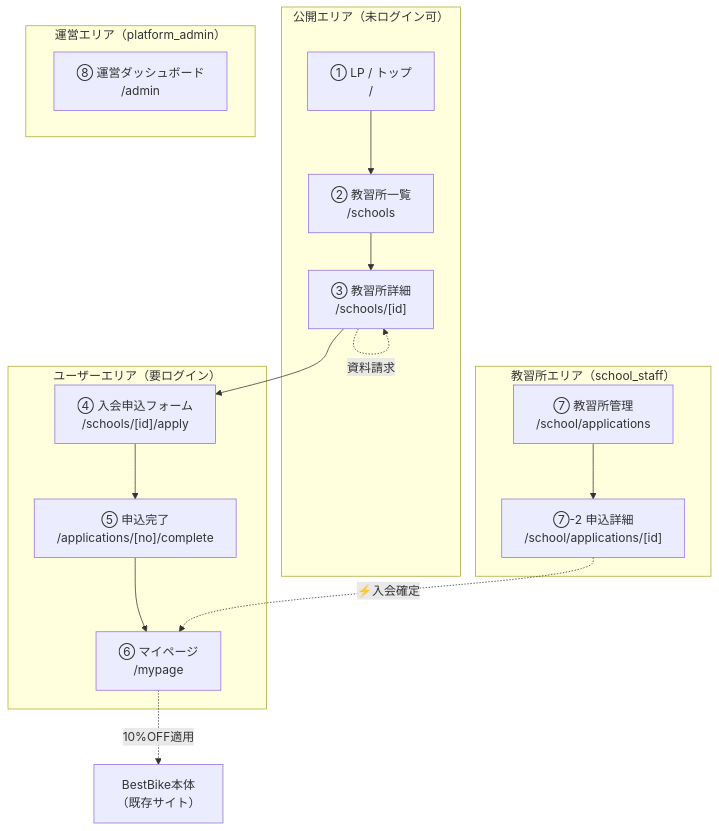
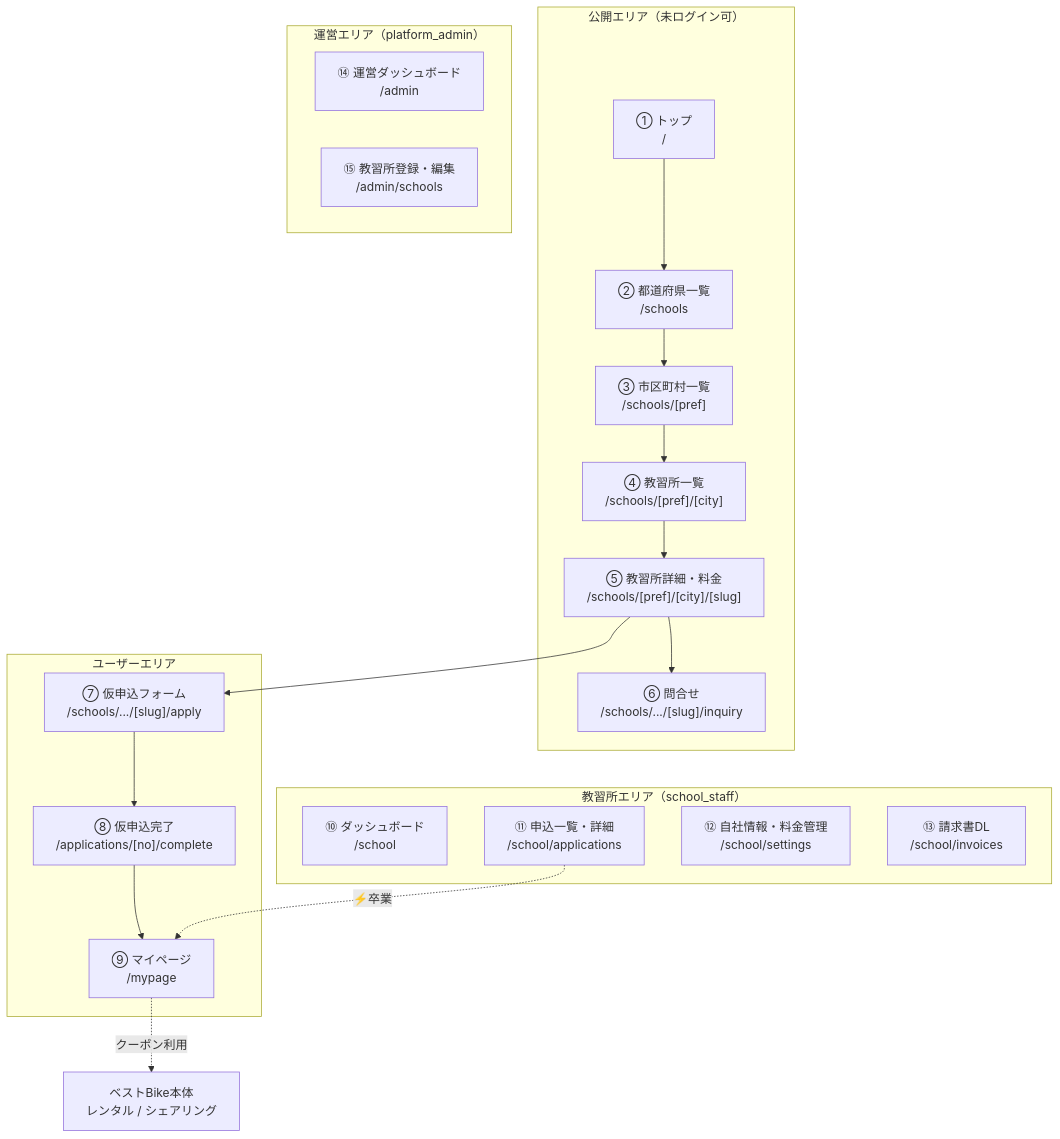
One commit to Sho0922/bestbike_matching- changed the first of 3 diagrams in docs/02_screen-spec.md. Above: the diagram before and after it, drawn with Mermaid. The commit also changed other lines of this file and 10 other files, not shown here.

````diff
--- a/docs/02_screen-spec.md
+++ b/docs/02_screen-spec.md
@@ -12,29 +18,35 @@
 ```mermaid
 flowchart TD
   subgraph PUB["公開エリア（未ログイン可）"]
-    L["① LP / トップ<br/>/"]
-    LI["② 教習所一覧<br/>/schools"]
-    D["③ 教習所詳細<br/>/schools/[id]"]
+    L["① トップ<br/>/"]
+    A1["② 都道府県一覧<br/>/schools"]
+    A2["③ 市区町村一覧<br/>/schools/[pref]"]
+    A3["④ 教習所一覧<br/>/schools/[pref]/[city]"]
+    D["⑤ 教習所詳細・料金<br/>/schools/[pref]/[city]/[slug]"]
+    Q["⑥ 問合せ<br/>/schools/.../[slug]/inquiry"]
   end
 
-  subgraph USER["ユーザーエリア（要ログイン）"]
-    F["④ 入会申込フォーム<br/>/schools/[id]/apply"]
-    C["⑤ 申込完了<br/>/applications/[no]/complete"]
-    M["⑥ マイページ<br/>/mypage"]
+  subgraph USER["ユーザーエリア"]
+    F["⑦ 仮申込フォーム<br/>/schools/.../[slug]/apply"]
+    C["⑧ 仮申込完了<br/>/applications/[no]/complete"]
+    M["⑨ マイページ<br/>/mypage"]
   end
 
   subgraph SCHOOL["教習所エリア（school_staff）"]
-    SA["⑦ 教習所管理<br/>/school/applications"]
-    SD["⑦-2 申込詳細<br/>/school/applications/[id]"]
+    SD["⑩ ダッシュボード<br/>/school"]
+    SL["⑪ 申込一覧・詳細<br/>/school/applications"]
+    SI["⑫ 自社情報・料金管理<br/>/school/settings"]
+    SB["⑬ 請求書DL<br/>/school/invoices"]
   end
 
   subgraph ADMIN["運営エリア（platform_admin）"]
-    BA["⑧ 運営ダッシュボード<br/>/admin"]
+    AD["⑭ 運営ダッシュボード<br/>/admin"]
+    AS["⑮ 教習所登録・編集<br/>/admin/schools"]
   end
 
-  L --> LI --> D --> F --> C --> M
-  D -.資料請求.-> D
-  SA --> SD
-  SD -.⚡入会確定.-> M
-  M -.10%OFF適用.-> EXT["BestBike本体<br/>（既存サイト）"]
+  L --> A1 --> A2 --> A3 --> D
+  D --> Q
+  D --> F --> C --> M
+  SL -.⚡卒業.-> M
+  M -.クーポン利用.-> EXT["ベストBike本体<br/>レンタル / シェアリング"]
 ```
````
